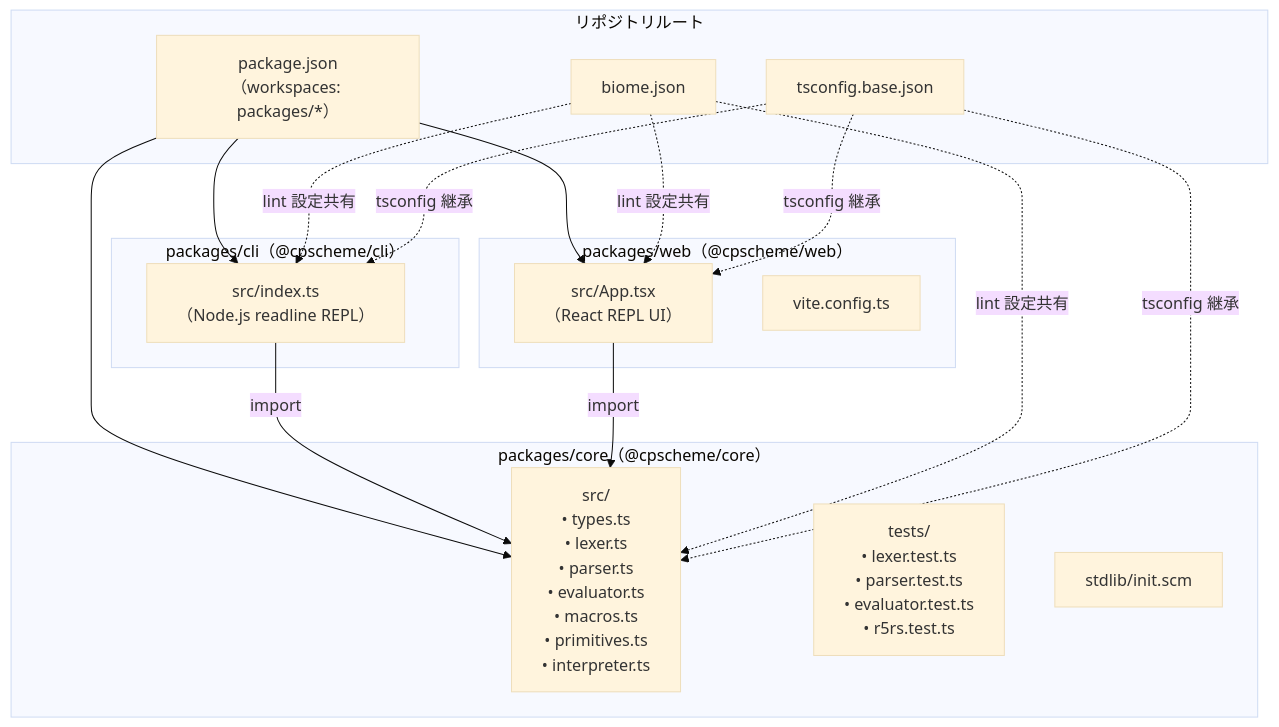
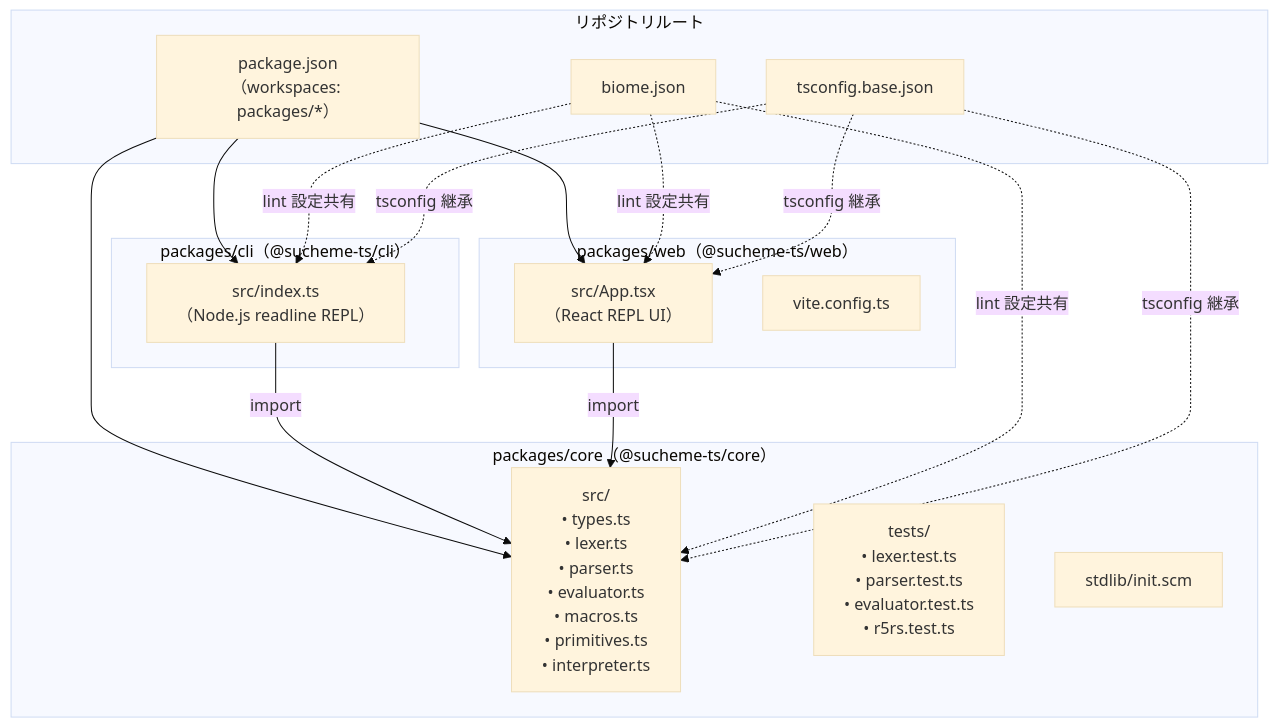
The first of 2 diagrams in docs/adr/0004-monorepo-structure.md (suchi/sucheme-ts), drawn with Mermaid (base theme) before and after one commit. The commit also changed other lines of this file and 37 other files, not shown here.

````diff
--- a/docs/adr/0004-monorepo-structure.md
+++ b/docs/adr/0004-monorepo-structure.md
@@ -24,35 +24,35 @@
 ```mermaid
 graph TB
     subgraph リポジトリルート
         root_pkg["package.json\n（workspaces: packages/*）"]
         biome["biome.json"]
         tsbase["tsconfig.base.json"]
     end
 
-    subgraph "packages/core（@cpscheme/core）"
+    subgraph "packages/core（@sucheme-ts/core）"
         core_src["src/\n• types.ts\n• lexer.ts\n• parser.ts\n• evaluator.ts\n• macros.ts\n• primitives.ts\n• interpreter.ts"]
         core_test["tests/\n• lexer.test.ts\n• parser.test.ts\n• evaluator.test.ts\n• r5rs.test.ts"]
         core_stdlib["stdlib/init.scm"]
     end
 
-    subgraph "packages/cli（@cpscheme/cli）"
+    subgraph "packages/cli（@sucheme-ts/cli）"
         cli_src["src/index.ts\n（Node.js readline REPL）"]
     end
 
-    subgraph "packages/web（@cpscheme/web）"
+    subgraph "packages/web（@sucheme-ts/web）"
         web_src["src/App.tsx\n（React REPL UI）"]
         vite_cfg["vite.config.ts"]
     end
 
     root_pkg --> core_src
     root_pkg --> cli_src
     root_pkg --> web_src
     cli_src -- "import" --> core_src
     web_src -- "import" --> core_src
     biome -.->|"lint 設定共有"| core_src
     biome -.->|"lint 設定共有"| cli_src
     biome -.->|"lint 設定共有"| web_src
     tsbase -.->|"tsconfig 継承"| core_src
     tsbase -.->|"tsconfig 継承"| cli_src
     tsbase -.->|"tsconfig 継承"| web_src
 ```
````
